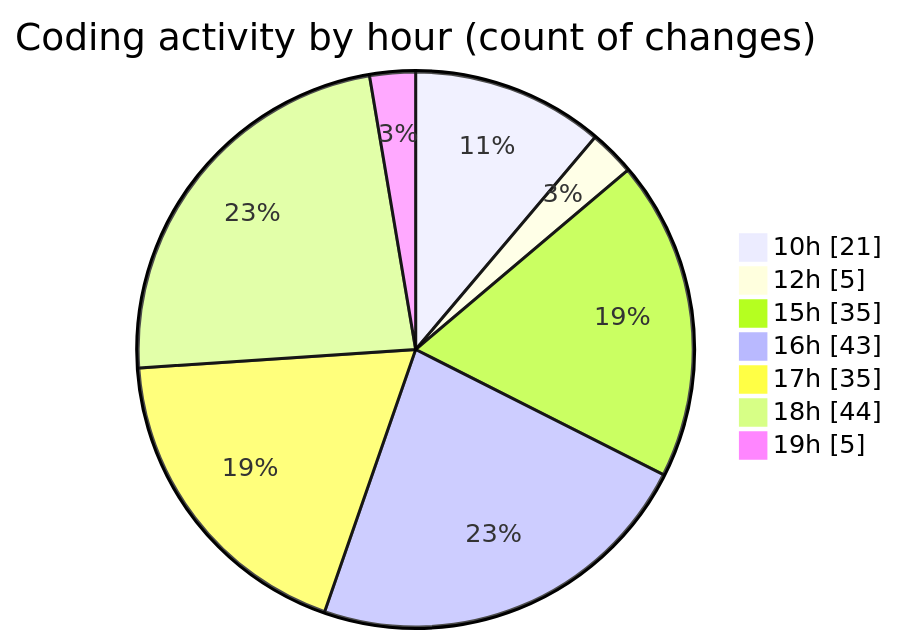
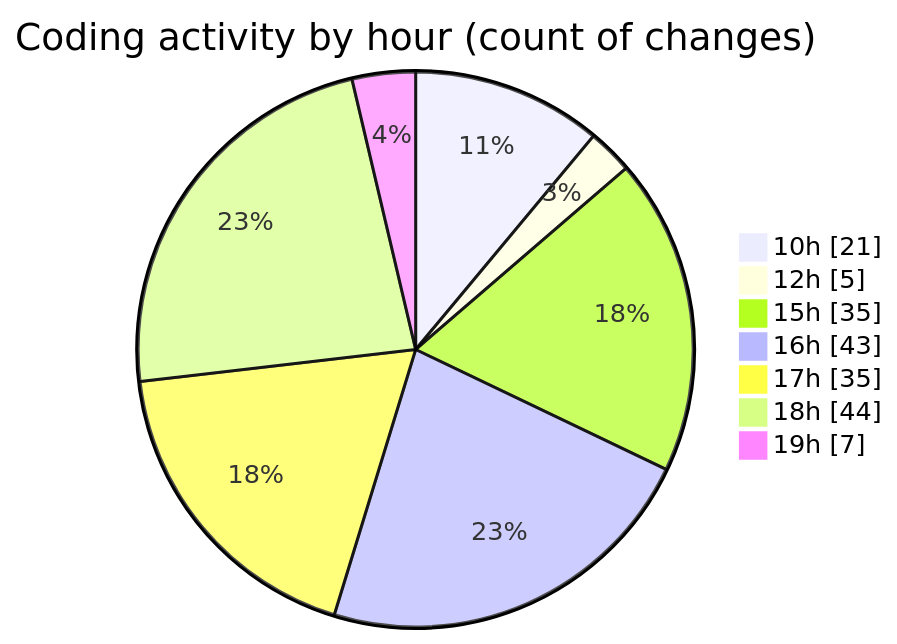
The second of 2 diagrams in 2025-08-27/cda/README.md (momahboobian/code-tracking), drawn with Mermaid before and after one commit. The commit also changed other lines of this file and 1 other file, not shown here.

````diff
--- a/2025-08-27/cda/README.md
+++ b/2025-08-27/cda/README.md
@@ -49,11 +49,11 @@
 ```mermaid
 pie showData
 title Coding activity by hour (count of changes)
 "10h" : 21
 "12h" : 5
 "15h" : 35
 "16h" : 43
 "17h" : 35
 "18h" : 44
-"19h" : 5
+"19h" : 7
 ```
````
